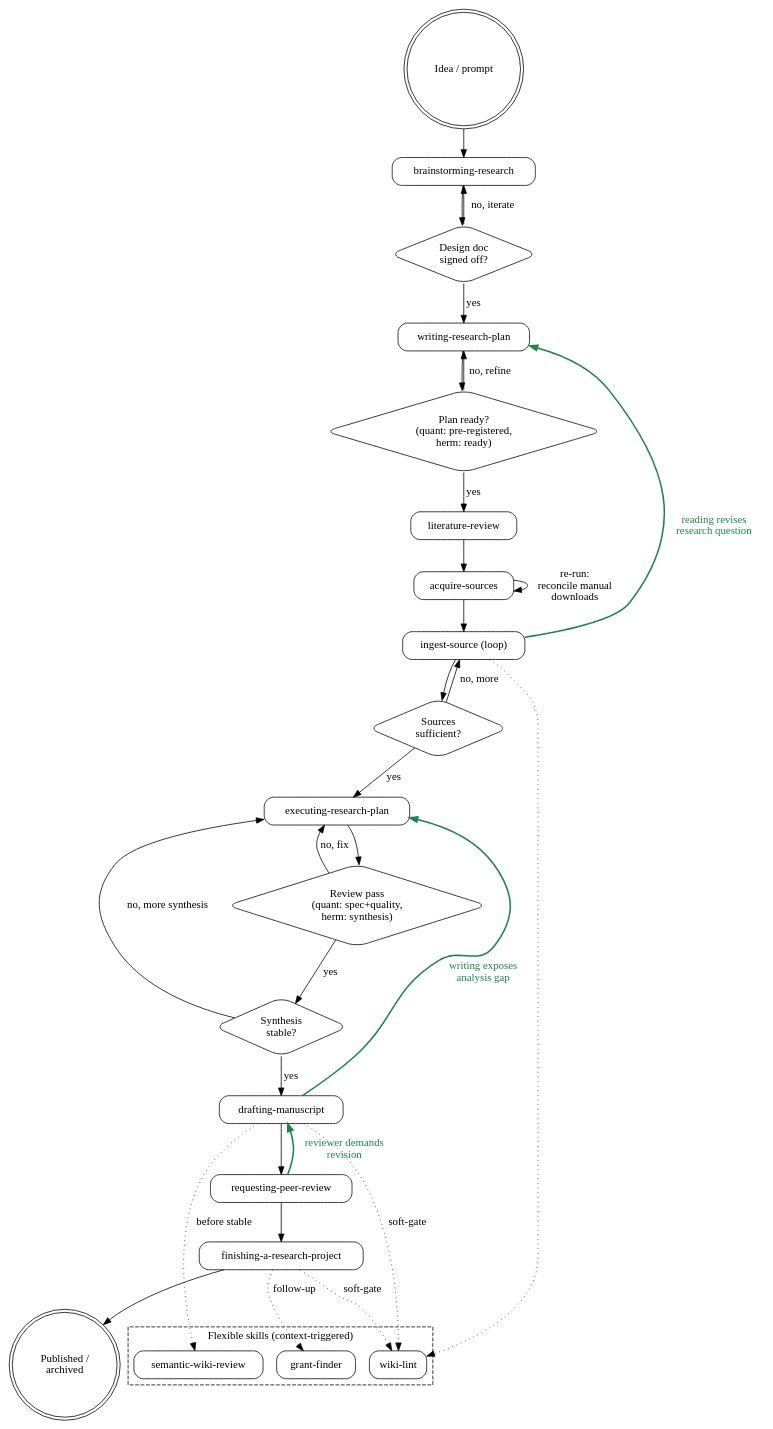
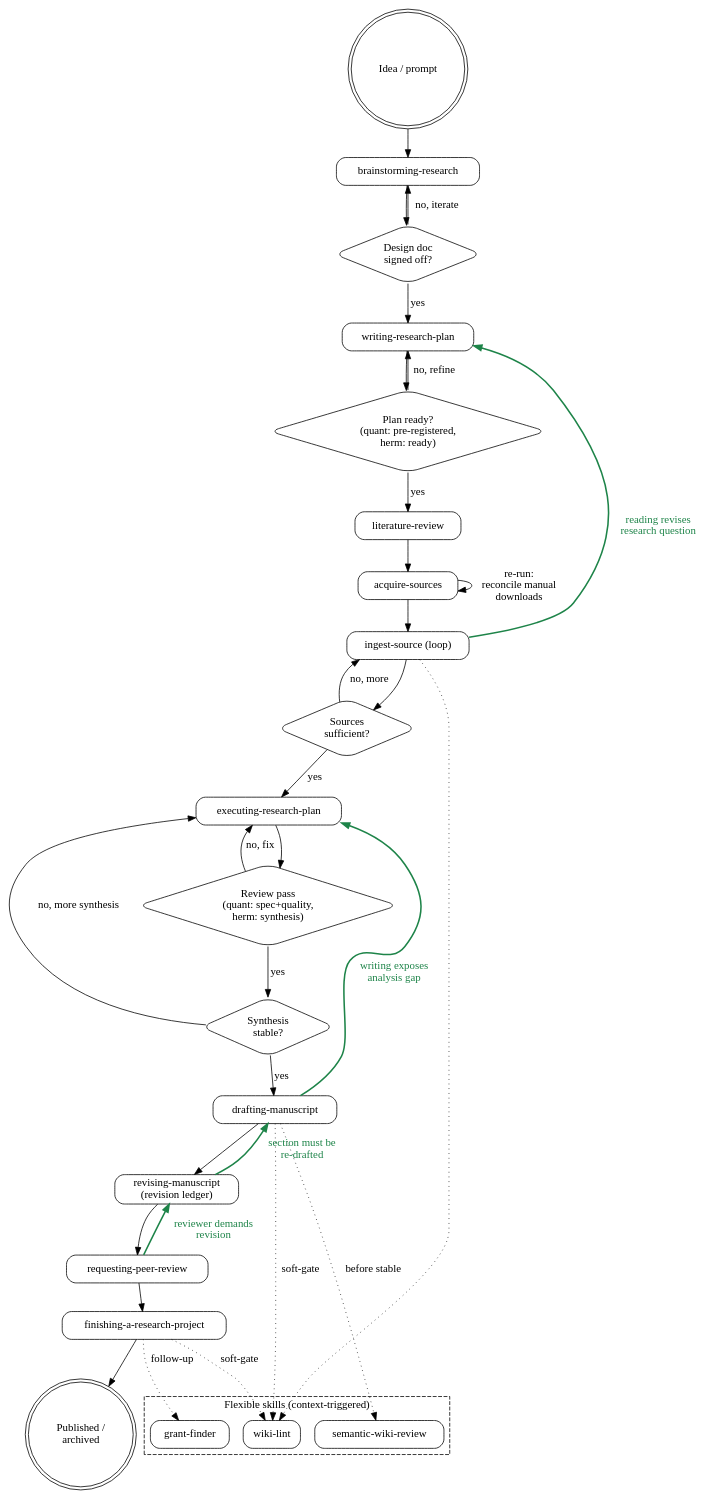
The diagram in docs/assets/phase-flow.dot (leiverkus/research-superpowers), drawn with Graphviz before and after one commit. The commit also changed 16 other files, not shown here.

First line of the commit message:
feat: revising-manuscript with revision ledger; specific synthesis conclusions (#136)

```diff
--- a/docs/assets/phase-flow.dot
+++ b/docs/assets/phase-flow.dot
@@ -1,66 +1,69 @@
 digraph research_flow {
     rankdir=TB;
     node [shape=box, style=rounded];
 
     start [shape=doublecircle, label="Idea / prompt"];
     brainstorm [label="brainstorming-research"];
     design_gate [shape=diamond, label="Design doc\nsigned off?"];
     plan [label="writing-research-plan"];
     prereg_gate [shape=diamond, label="Plan ready?\n(quant: pre-registered,\nherm: ready)"];
     litrev [label="literature-review"];
     acquire [label="acquire-sources"];
     ingest [label="ingest-source (loop)"];
     sources_gate [shape=diamond, label="Sources\nsufficient?"];
     execute [label="executing-research-plan"];
     review_gate [shape=diamond, label="Review pass\n(quant: spec+quality,\nherm: synthesis)"];
     synthesis_gate [shape=diamond, label="Synthesis\nstable?"];
     draft [label="drafting-manuscript"];
+    revise [label="revising-manuscript\n(revision ledger)"];
     peer [label="requesting-peer-review"];
     finish [label="finishing-a-research-project"];
     done [shape=doublecircle, label="Published /\narchived"];
 
     subgraph cluster_flex {
         label="Flexible skills (context-triggered)";
         style=dashed;
         lint [label="wiki-lint"];
         semrev [label="semantic-wiki-review"];
         grant [label="grant-finder"];
     }
 
     // Forward (standard run)
     start -> brainstorm;
     brainstorm -> design_gate;
     design_gate -> plan [label="yes"];
     design_gate -> brainstorm [label="no, iterate"];
     plan -> prereg_gate;
     prereg_gate -> litrev [label="yes"];
     prereg_gate -> plan [label="no, refine"];
     litrev -> acquire;
     acquire -> ingest;
     acquire -> acquire [label="re-run:\nreconcile manual\ndownloads"];
     ingest -> sources_gate;
     sources_gate -> ingest [label="no, more"];
     sources_gate -> execute [label="yes"];
     execute -> review_gate;
     review_gate -> execute [label="no, fix"];
     review_gate -> synthesis_gate [label="yes"];
     synthesis_gate -> draft [label="yes"];
     synthesis_gate -> execute [label="no, more synthesis"];
-    draft -> peer;
+    draft -> revise;
+    revise -> peer;
     peer -> finish;
     finish -> done;
 
     // Hermeneutic back-edges — legitimate circle, not failure
     edge [color="#1e8449", style=bold, fontcolor="#1e8449"];
     ingest -> plan [label="reading revises\nresearch question", constraint=false];
     draft -> execute [label="writing exposes\nanalysis gap", constraint=false];
-    peer -> draft [label="reviewer demands\nrevision", constraint=false];
+    peer -> revise [label="reviewer demands\nrevision", constraint=false];
+    revise -> draft [label="section must be\nre-drafted", constraint=false];
     edge [color=black, style=solid, fontcolor=black];
 
     // Flexible skills — advisory, not a phase
     ingest -> lint [style=dotted];
     draft -> lint [style=dotted, label="soft-gate"];
     finish -> lint [style=dotted, label="soft-gate"];
     draft -> semrev [style=dotted, label="before stable"];
     finish -> grant [style=dotted, label="follow-up"];
 }
```
